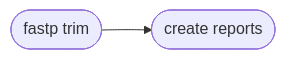
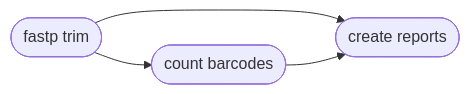
Before and after one commit to pdimens/harpy: the diagram in Modules/trim.md, drawn with Mermaid. The commit also changed other lines of this file and 1 other file, not shown here.

Commit message:
move counting from aling to trim

````diff
--- a/Modules/trim.md
+++ b/Modules/trim.md
@@ -51,4 +51,6 @@
 ```mermaid
 graph LR
-    A([fastp trim]) --> B([create reports])
+    A([fastp trim]) --> B([count barcodes])
+    A --> C([create reports])
+    B --> C
 ```
````
